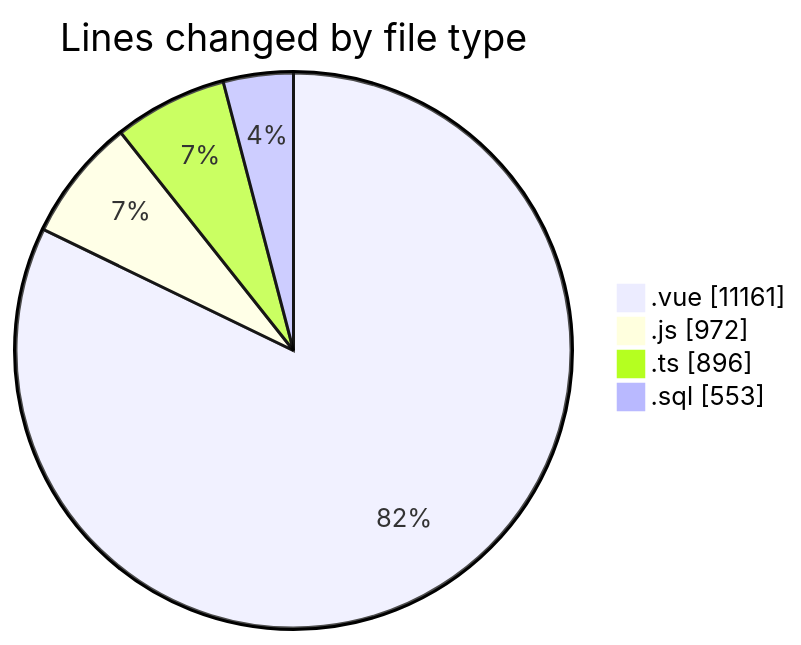
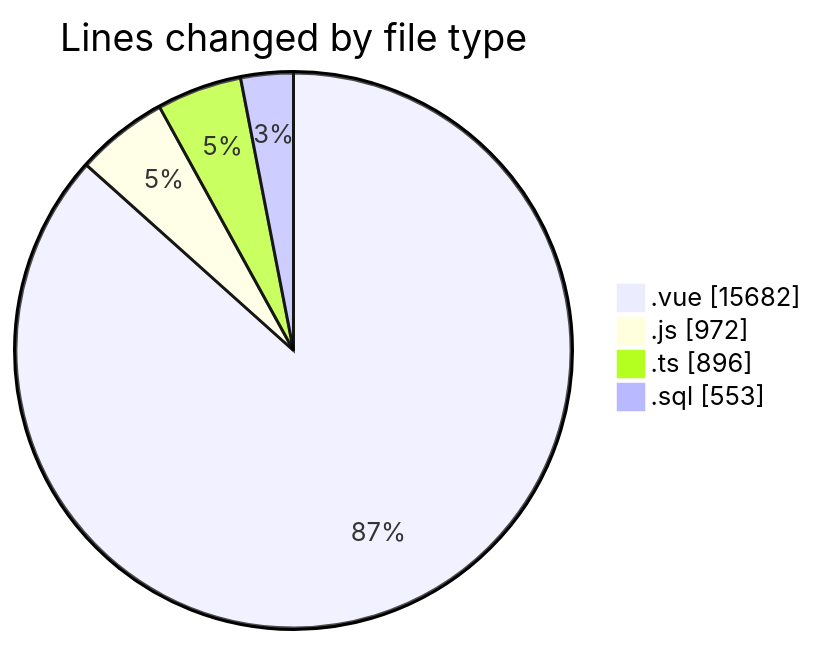
The first of 2 diagrams in 2025-08-13/rentotp/README.md (lephambinh05/code-tracking), drawn with Mermaid before and after one commit. The commit also changed other lines of this file and 1 other file, not shown here.

````diff
--- a/2025-08-13/rentotp/README.md
+++ b/2025-08-13/rentotp/README.md
@@ -42,8 +42,8 @@
 ```mermaid
 pie showData
 title Lines changed by file type
-".vue" : 11161
+".vue" : 15682
 ".js" : 972
 ".ts" : 896
 ".sql" : 553
 ```
````
